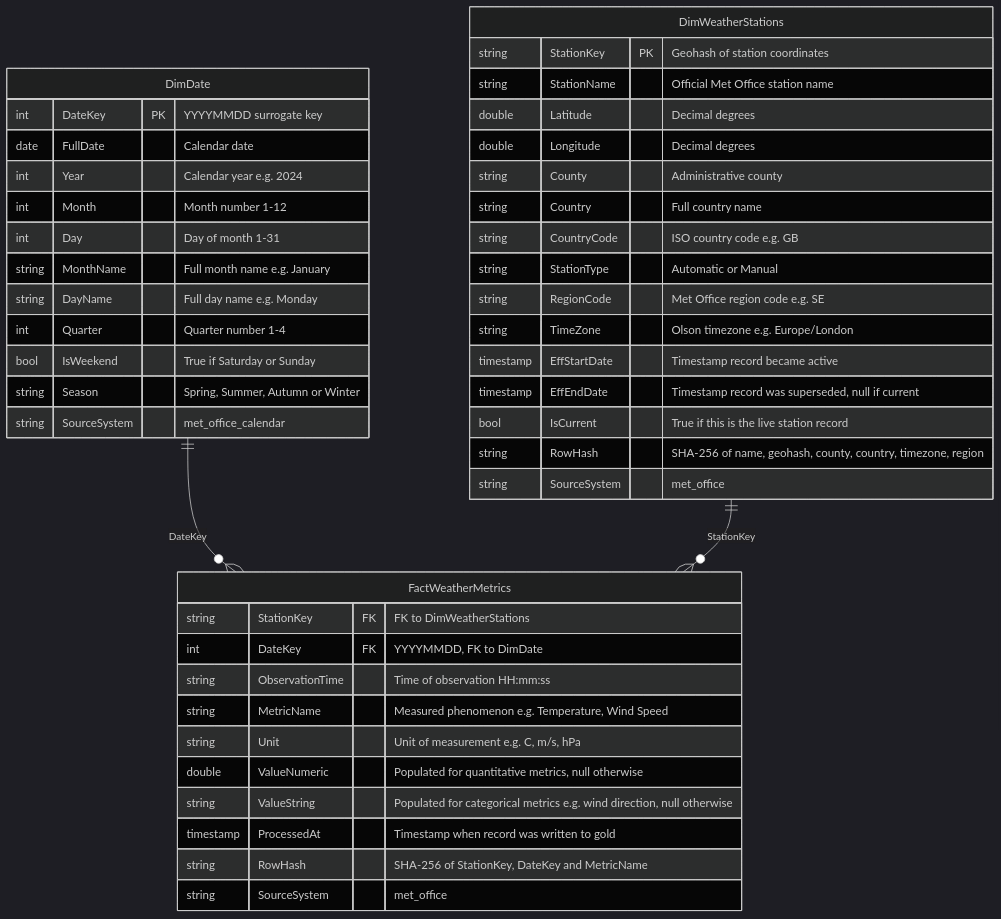
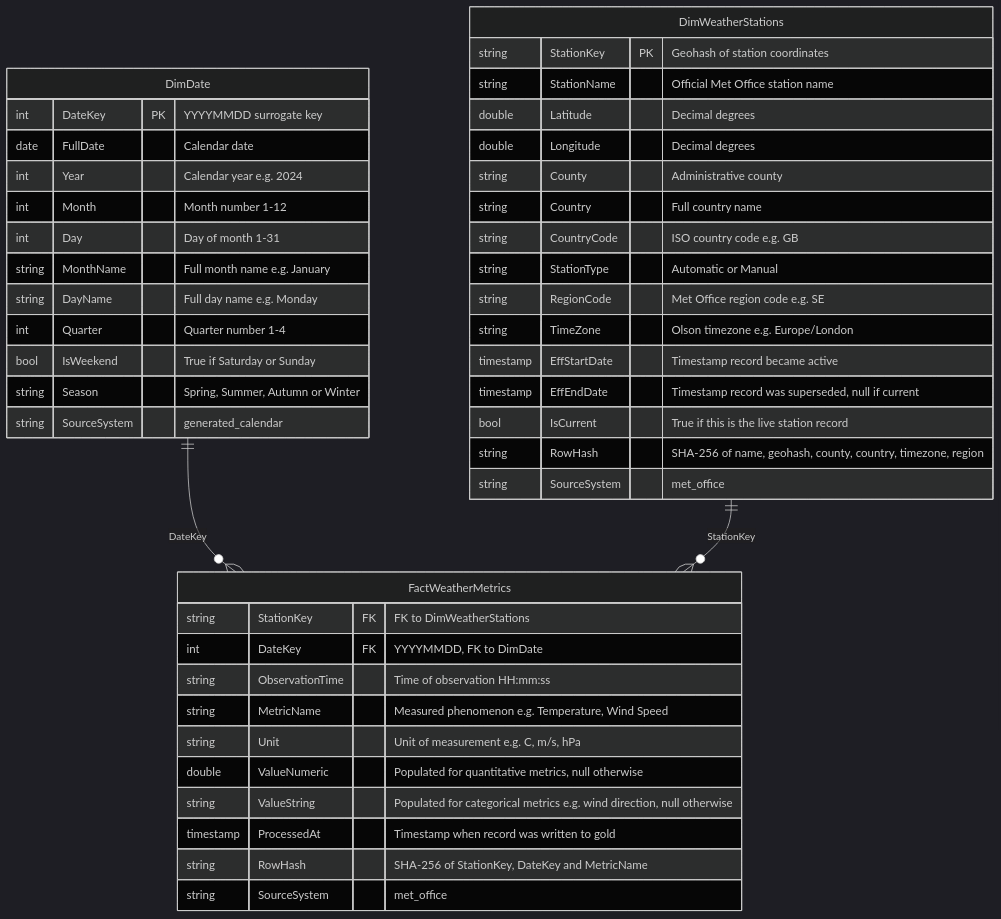
The diagram in README.md (Baskin-Ridley/MetOffice-Pipeline-to-Medallion-Warehouse), drawn with Mermaid (dark theme) before and after one commit. The commit also changed other lines of this file and 1 other file, not shown here.

Commit message:
improve readme diagram, and changed dimdate source

````diff
--- a/README.md
+++ b/README.md
@@ -76,50 +81,50 @@
 ```mermaid
 erDiagram
     DimDate {
         int     DateKey         PK  "YYYYMMDD surrogate key"
         date    FullDate            "Calendar date"
         int     Year                "Calendar year e.g. 2024"
         int     Month               "Month number 1-12"
         int     Day                 "Day of month 1-31"
         string  MonthName           "Full month name e.g. January"
         string  DayName             "Full day name e.g. Monday"
         int     Quarter             "Quarter number 1-4"
         bool    IsWeekend           "True if Saturday or Sunday"
         string  Season              "Spring, Summer, Autumn or Winter"
-        string  SourceSystem        "met_office_calendar"
+        string  SourceSystem        "generated_calendar"
     }
 
     DimWeatherStations {
         string      StationKey      PK  "Geohash of station coordinates"
         string      StationName         "Official Met Office station name"
         double      Latitude            "Decimal degrees"
         double      Longitude           "Decimal degrees"
         string      County              "Administrative county"
         string      Country             "Full country name"
         string      CountryCode         "ISO country code e.g. GB"
         string      StationType         "Automatic or Manual"
         string      RegionCode          "Met Office region code e.g. SE"
         string      TimeZone            "Olson timezone e.g. Europe/London"
         timestamp   EffStartDate        "Timestamp record became active"
         timestamp   EffEndDate          "Timestamp record was superseded, null if current"
         bool        IsCurrent           "True if this is the live station record"
         string      RowHash             "SHA-256 of name, geohash, county, country, timezone, region"
         string      SourceSystem        "met_office"
     }
 
     FactWeatherMetrics {
         string      StationKey      FK  "FK to DimWeatherStations"
         int         DateKey         FK  "YYYYMMDD, FK to DimDate"
         string      ObservationTime     "Time of observation HH:mm:ss"
         string      MetricName          "Measured phenomenon e.g. Temperature, Wind Speed"
         string      Unit                "Unit of measurement e.g. C, m/s, hPa"
         double      ValueNumeric        "Populated for quantitative metrics, null otherwise"
         string      ValueString         "Populated for categorical metrics e.g. wind direction, null otherwise"
         timestamp   ProcessedAt         "Timestamp when record was written to gold"
         string      RowHash             "SHA-256 of StationKey, DateKey and MetricName"
         string      SourceSystem        "met_office"
     }
 
     DimDate            ||--o{ FactWeatherMetrics : "DateKey"
     DimWeatherStations ||--o{ FactWeatherMetrics : "StationKey"
 ```
````
